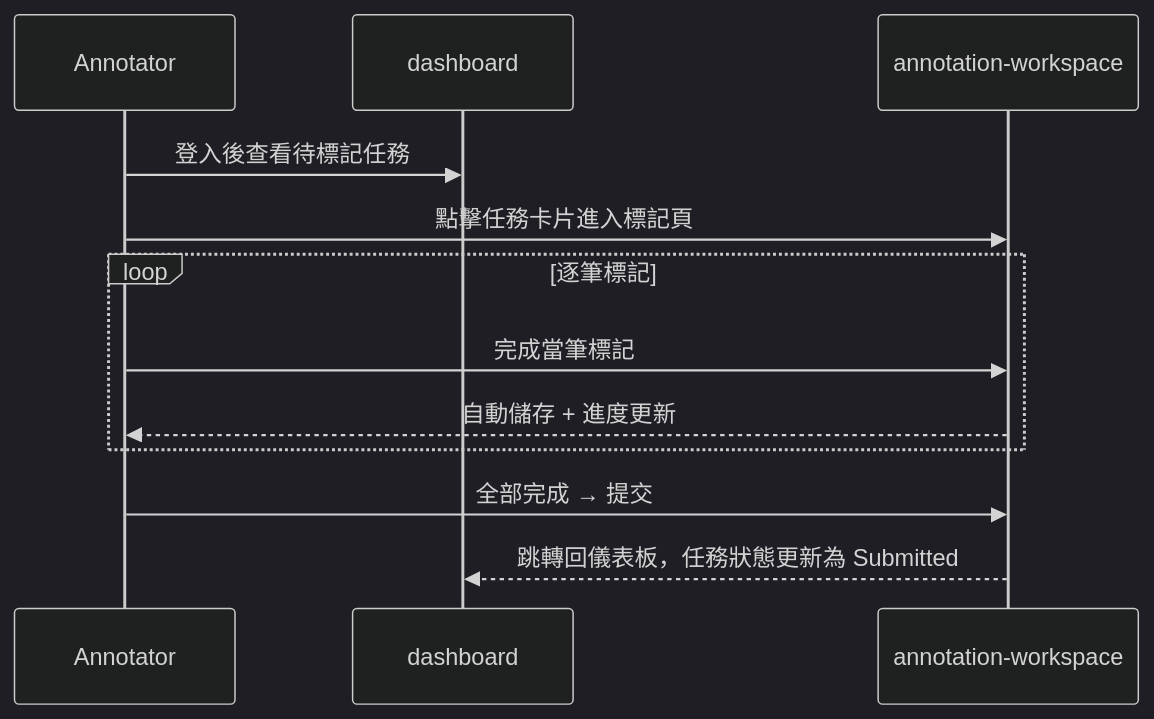
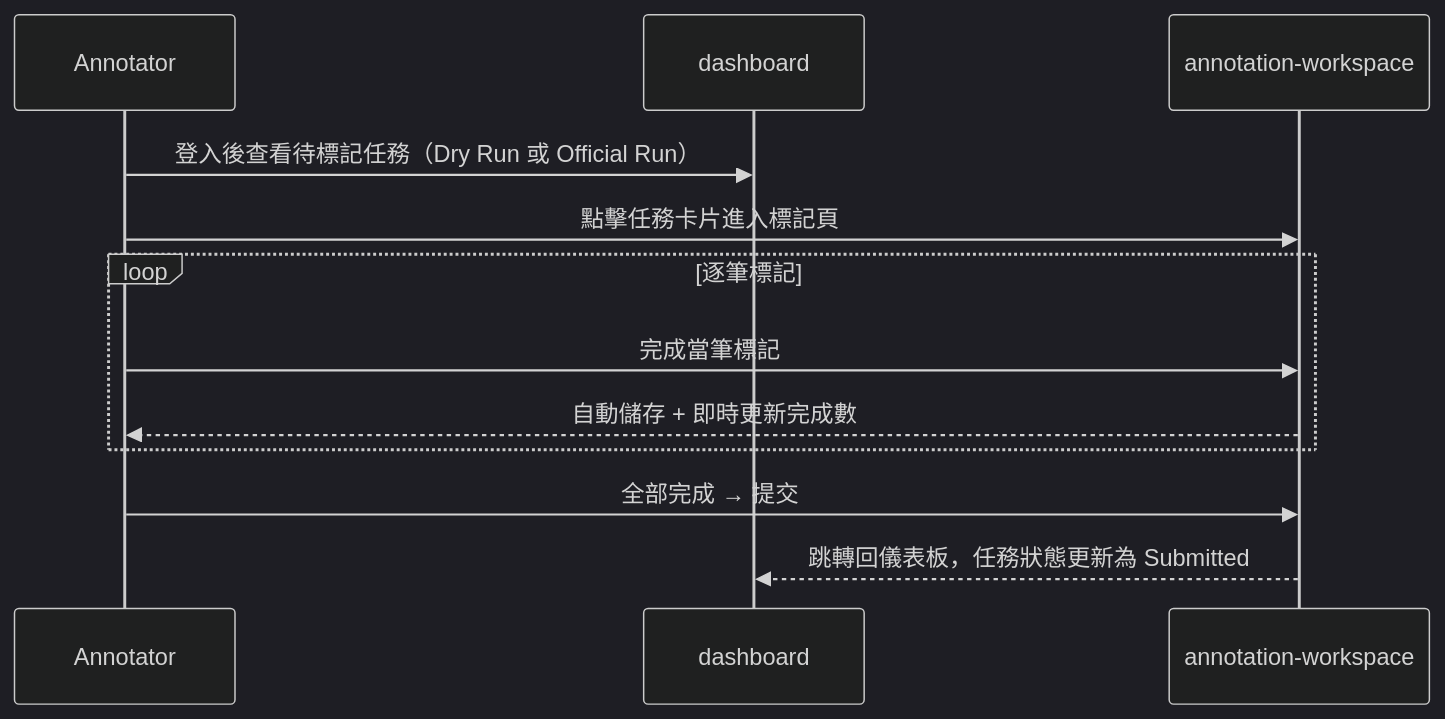
Before and after one commit to singyichen/label-suite: the third of 5 diagrams in docs/ia/information-architecture.md, drawn with Mermaid (dark theme). The commit also changed other lines of this file and 1 other file, not shown here.

````diff
--- a/docs/ia/information-architecture.md
+++ b/docs/ia/information-architecture.md
@@ -249,15 +321,15 @@
 ```mermaid
 sequenceDiagram
   participant AN as Annotator
   participant D as dashboard
   participant AW as annotation-workspace
 
-  AN->>D: 登入後查看待標記任務
+  AN->>D: 登入後查看待標記任務（Dry Run 或 Official Run）
   AN->>AW: 點擊任務卡片進入標記頁
   loop 逐筆標記
     AN->>AW: 完成當筆標記
-    AW-->>AN: 自動儲存 + 進度更新
+    AW-->>AN: 自動儲存 + 即時更新完成數
   end
   AN->>AW: 全部完成 → 提交
   AW-->>D: 跳轉回儀表板，任務狀態更新為 Submitted
 ```
````
